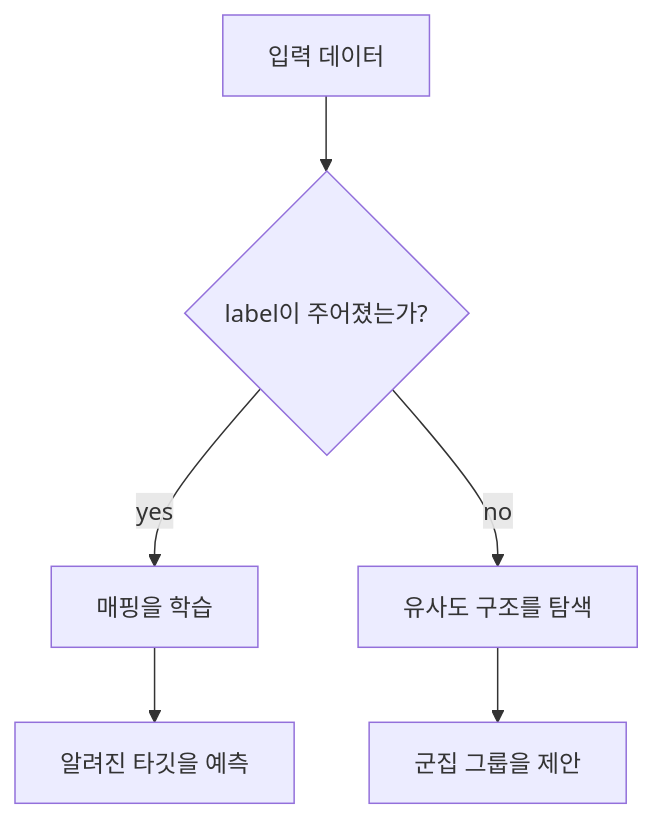
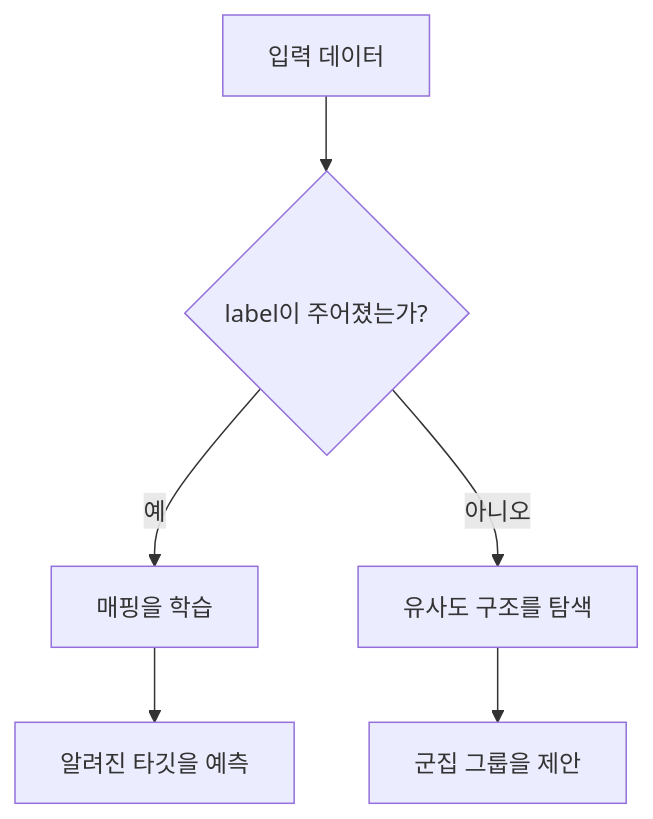
One commit to devchan64/AiBook changed the diagram in docs/assets/part-04/chapter-17/p4-17-1-mermaid-01-ko.mmd. Above: the diagram before and after it, drawn with Mermaid. The commit also changed 87 other files, not shown here.

Commit message:
Refine Part 4 Korean and Chinese diagram localization

```diff
--- a/docs/assets/part-04/chapter-17/p4-17-1-mermaid-01-ko.mmd
+++ b/docs/assets/part-04/chapter-17/p4-17-1-mermaid-01-ko.mmd
@@ -1,11 +1,11 @@
 flowchart TD
   A["입력 데이터"]
   B{"label이 주어졌는가?"}
   C["매핑을 학습"]
   D["알려진 타깃을 예측"]
   E["유사도 구조를 탐색"]
   F["군집 그룹을 제안"]
 
   A --> B
-  B -->|yes| C --> D
-  B -->|no| E --> F
+  B -->|예| C --> D
+  B -->|아니오| E --> F
```
